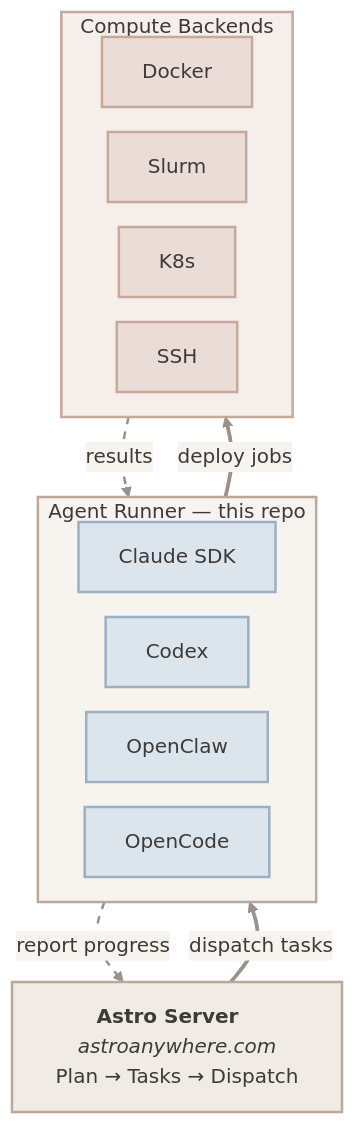
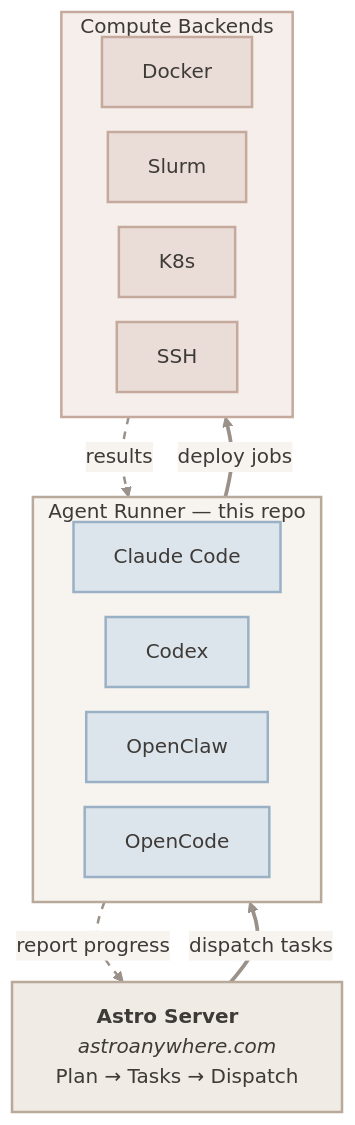
One commit to astro-anywhere/astro-agent changed the third of 3 diagrams in README.md. Above: the diagram before and after it, drawn with Mermaid. The commit also changed other lines of this file, not shown here.

First line of the commit message:
docs: restructure README — setup, features, architecture

````diff
--- a/README.md
+++ b/README.md
@@ -306,58 +240,58 @@
 ```mermaid
 %%{init: {
   'theme': 'base',
   'themeVariables': {
     'primaryColor': '#e8e0d8',
     'primaryBorderColor': '#b8a99a',
     'primaryTextColor': '#3d3a37',
     'lineColor': '#9a918a',
     'textColor': '#3d3a37',
     'fontSize': '16px',
     'fontFamily': 'Palatino, Palatino Linotype, Georgia, serif',
     'edgeLabelBackground': '#f7f4f0'
   },
   'flowchart': {
     'nodeSpacing': 20,
     'rankSpacing': 40,
     'padding': 16,
     'htmlLabels': true,
     'curve': 'basis'
   }
 }}%%
 flowchart TB
     classDef server fill:#f0ebe4,stroke:#b8a99a,stroke-width:2px,color:#3d3a37
     classDef mist fill:#dce4ec,stroke:#9ab0c4,stroke-width:2px,color:#3d3a37
     classDef rose fill:#eaddd8,stroke:#c4a99c,stroke-width:2px,color:#3d3a37
 
     Server["<b>Astro Server</b> &nbsp; <i>astroanywhere.com</i><br/>Plan &rarr; Tasks &rarr; Dispatch"]:::server
 
     Server -- "dispatch tasks" --> runner
     runner -. "report progress" .-> Server
 
     subgraph runner["Agent Runner &mdash; this repo"]
         direction LR
-        A1["Claude SDK"]:::mist
+        A1["Claude Code"]:::mist
         A2["Codex"]:::mist
         A3["OpenClaw"]:::mist
         A4["OpenCode"]:::mist
     end
 
     runner -- "deploy jobs" --> compute
     compute -. "results" .-> runner
 
     subgraph compute["Compute Backends"]
         direction LR
         C1["Docker"]:::rose
         C2["Slurm"]:::rose
         C3["K8s"]:::rose
         C4["SSH"]:::rose
     end
 
     style runner fill:#f7f4f0,stroke:#b8a99a,stroke-width:2px,color:#3d3a37
     style compute fill:#f5eeea,stroke:#c4a99c,stroke-width:2px,color:#3d3a37
 
     linkStyle 0 stroke:#9a918a,stroke-width:3px
     linkStyle 1 stroke:#9a918a,stroke-width:2px,stroke-dasharray:6
     linkStyle 2 stroke:#9a918a,stroke-width:3px
     linkStyle 3 stroke:#9a918a,stroke-width:2px,stroke-dasharray:6
 ```
````
